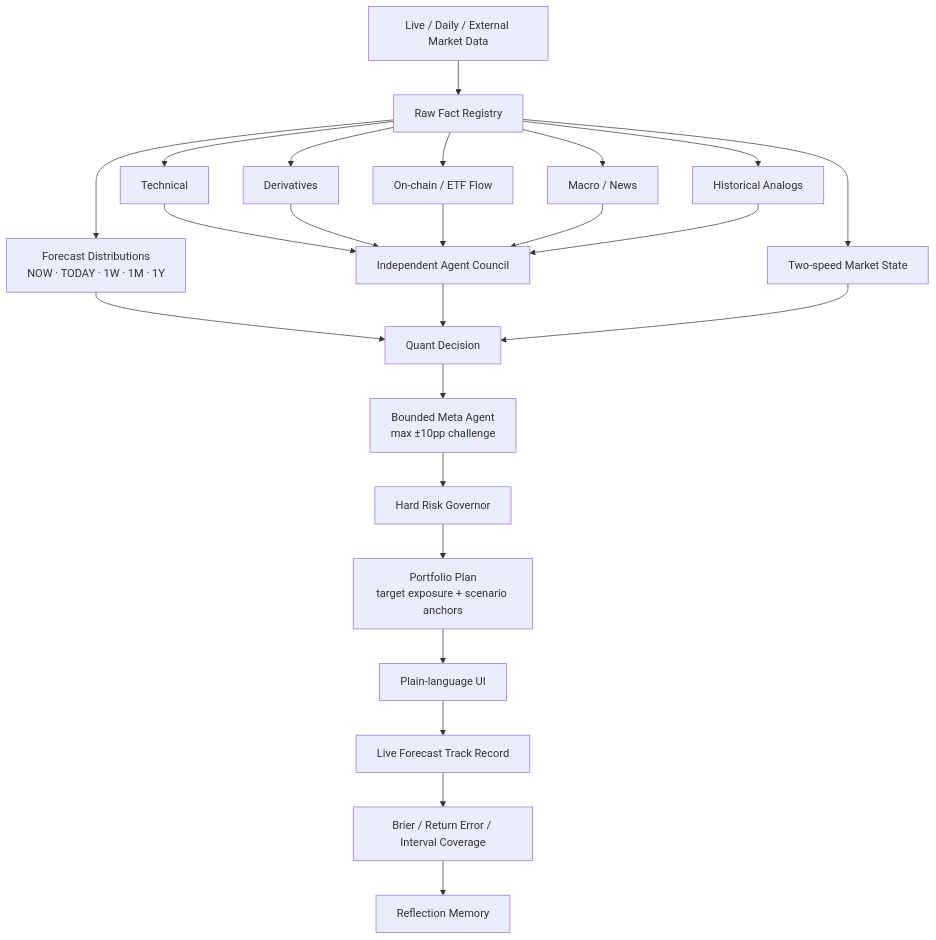
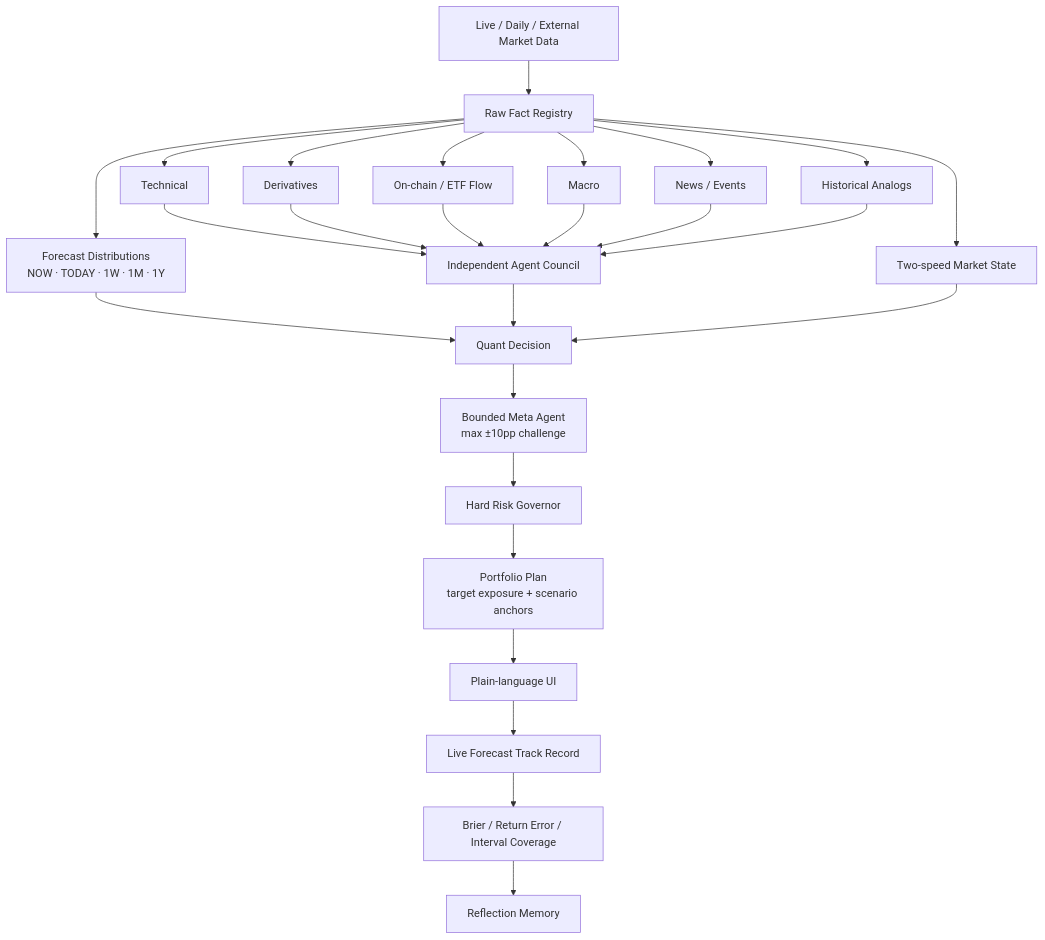
The diagram in README.md (LeeJaeHoon1234/btc-agent), drawn with Mermaid before and after one commit. The commit also changed other lines of this file and 16 other files, not shown here.

````diff
--- a/README.md
+++ b/README.md
@@ -77,28 +77,30 @@
 ```mermaid
 flowchart TD
     A[Live / Daily / External Market Data] --> F[Raw Fact Registry]
     F --> P[Forecast Distributions\nNOW · TODAY · 1W · 1M · 1Y]
     F --> R[Two-speed Market State]
 
     F --> C1[Technical]
     F --> C2[Derivatives]
     F --> C3[On-chain / ETF Flow]
-    F --> C4[Macro / News]
-    F --> C5[Historical Analogs]
+    F --> C4[Macro]
+    F --> C5[News / Events]
+    F --> C6[Historical Analogs]
     C1 --> C[Independent Agent Council]
     C2 --> C
     C3 --> C
     C4 --> C
     C5 --> C
+    C6 --> C
 
     P --> Q[Quant Decision]
     C --> Q
     R --> Q
     Q --> M[Bounded Meta Agent\nmax ±10pp challenge]
     M --> G[Hard Risk Governor]
     G --> O[Portfolio Plan\ntarget exposure + scenario anchors]
     O --> U[Plain-language UI]
     U --> J[Live Forecast Track Record]
     J --> E[Brier / Return Error / Interval Coverage]
     E --> X[Reflection Memory]
 ```
````
